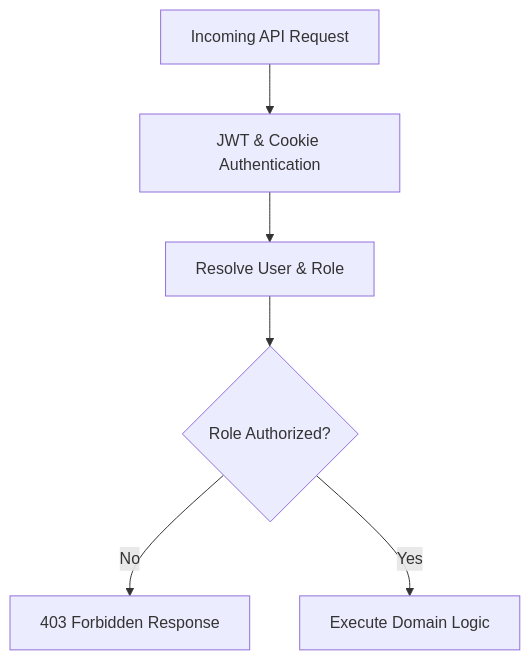
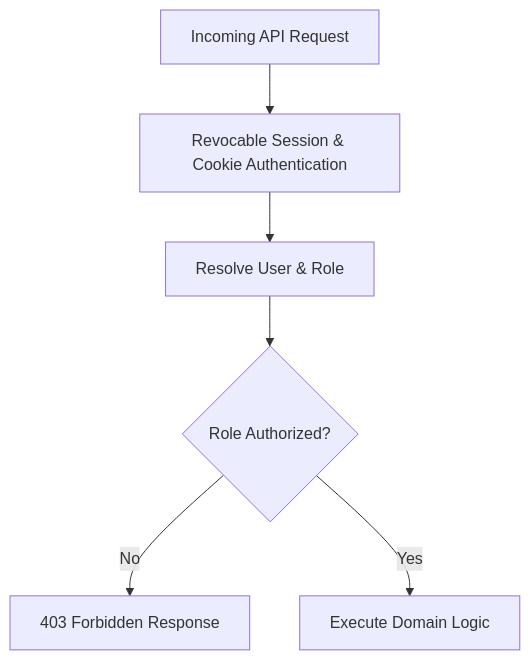
The first of 8 diagrams in SystemDesign.md (shamimhossenbadol/ShopManagementSystem), drawn with Mermaid before and after one commit. The commit also changed other lines of this file and 51 other files, not shown here.

````diff
--- a/SystemDesign.md
+++ b/SystemDesign.md
@@ -41,8 +49,8 @@
 ```mermaid
 flowchart TD
-    Req[Incoming API Request] --> Auth[JWT & Cookie Authentication]
+    Req[Incoming API Request] --> Auth[Revocable Session & Cookie Authentication]
     Auth --> Session[Resolve User & Role]
     Session --> Guard{Role Authorized?}
     Guard -- No --> Res403[403 Forbidden Response]
     Guard -- Yes --> Service[Execute Domain Logic]
 ```
````
